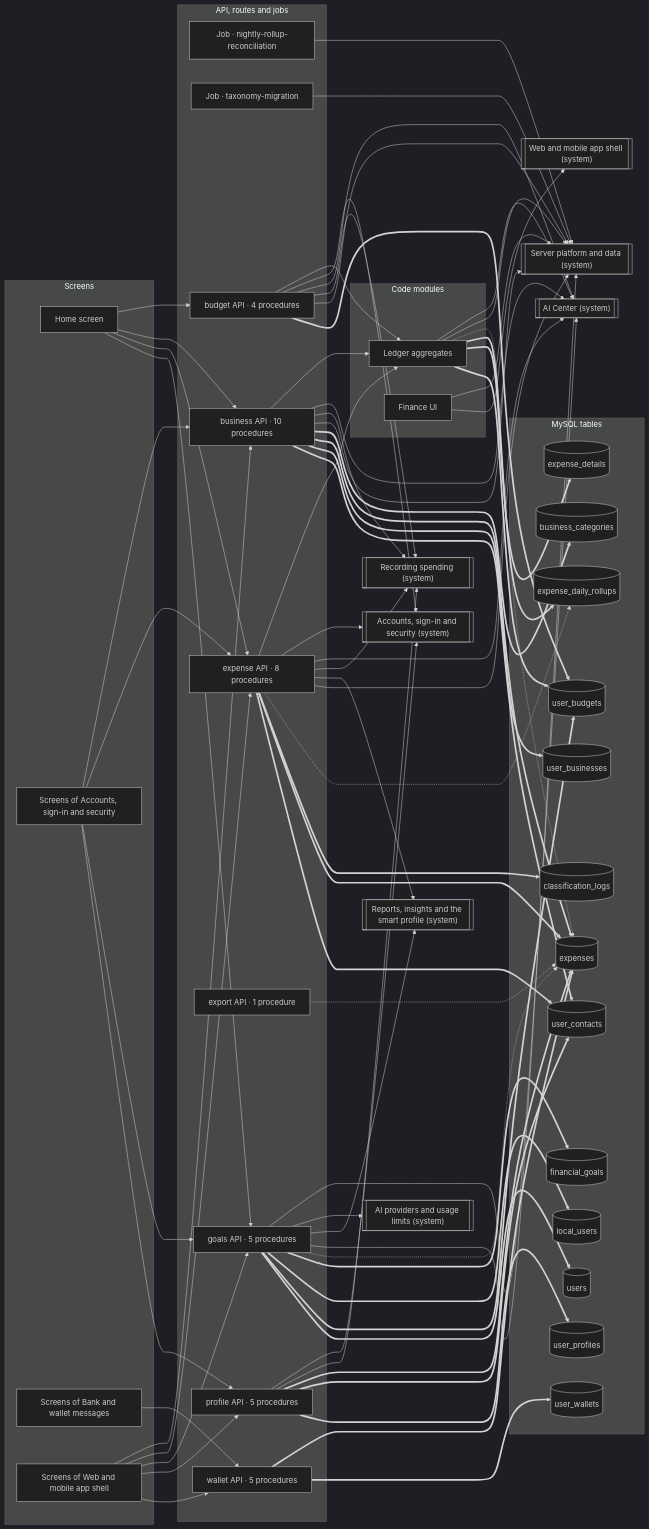
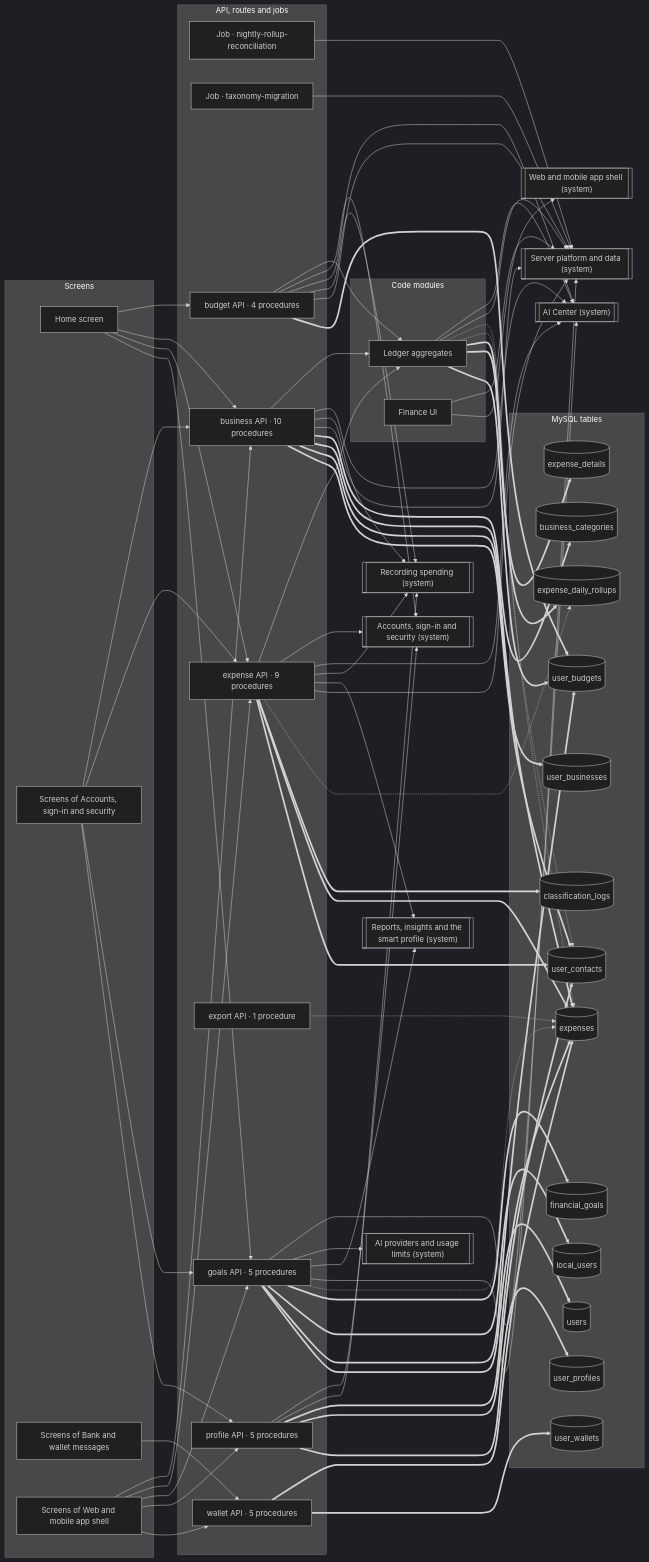
One commit to mahmoudtaherr111/smartspend_mini_all changed the diagram in docs/atlas/systems/money.md. Above: the diagram before and after it, drawn with Mermaid (dark theme). The commit also changed other lines of this file and 22 other files, not shown here.

```diff
--- a/docs/atlas/systems/money.md
+++ b/docs/atlas/systems/money.md
@@ -23,7 +23,7 @@
     job_taxonomy_migration["Job · taxonomy-migration"]
     router_budget["budget API · 4 procedures"]
     router_business["business API · 10 procedures"]
-    router_expense["expense API · 8 procedures"]
+    router_expense["expense API · 9 procedures"]
     router_export["export API · 1 procedure"]
     router_goals["goals API · 5 procedures"]
     router_profile["profile API · 5 procedures"]
@@ -60,6 +60,7 @@
   mod_ledger --> sys_ai_center
   mod_ledger --> sys_platform
   mod_ledger -.-> tbl_expenses
+  mod_ledger -.-> tbl_user_contacts
   mod_ledger ==> tbl_expense_daily_rollups
   mod_ledger ==> tbl_expense_details
   mod_ledger ==> tbl_user_budgets
```
